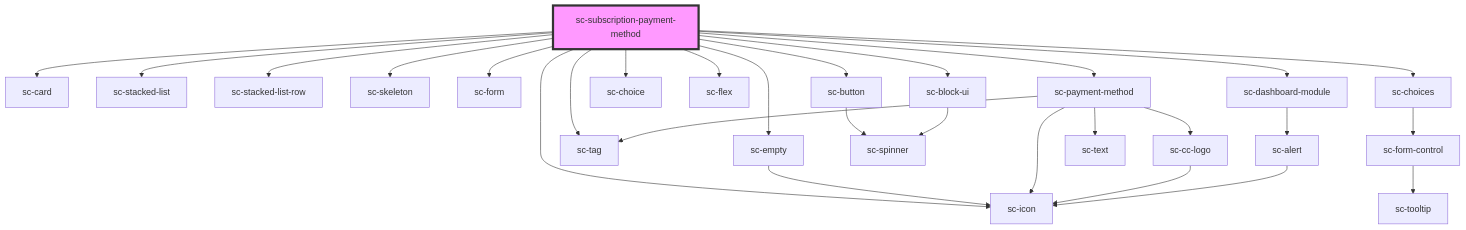
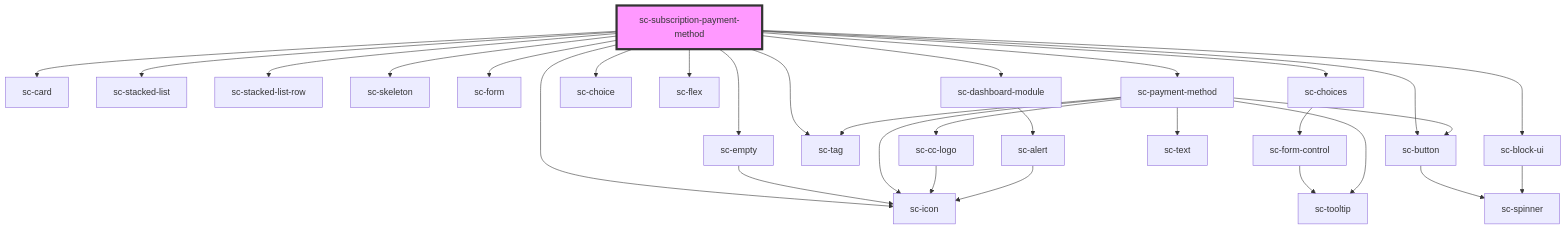
Before and after one commit to surecart/surecart-wp-plugin: the diagram in packages/components/src/components/controllers/dashboard/sc-subscription-payment-method/readme.md, drawn with Mermaid. The commit also changed 10 other files, not shown here.

````diff
--- a/packages/components/src/components/controllers/dashboard/sc-subscription-payment-method/readme.md
+++ b/packages/components/src/components/controllers/dashboard/sc-subscription-payment-method/readme.md
@@ -37,31 +37,33 @@
 ```mermaid
 graph TD;
   sc-subscription-payment-method --> sc-card
   sc-subscription-payment-method --> sc-stacked-list
   sc-subscription-payment-method --> sc-stacked-list-row
   sc-subscription-payment-method --> sc-skeleton
   sc-subscription-payment-method --> sc-empty
   sc-subscription-payment-method --> sc-form
   sc-subscription-payment-method --> sc-choices
   sc-subscription-payment-method --> sc-button
   sc-subscription-payment-method --> sc-icon
   sc-subscription-payment-method --> sc-choice
   sc-subscription-payment-method --> sc-flex
   sc-subscription-payment-method --> sc-payment-method
   sc-subscription-payment-method --> sc-tag
   sc-subscription-payment-method --> sc-dashboard-module
   sc-subscription-payment-method --> sc-block-ui
   sc-empty --> sc-icon
   sc-choices --> sc-form-control
   sc-form-control --> sc-tooltip
   sc-button --> sc-spinner
+  sc-payment-method --> sc-tooltip
+  sc-payment-method --> sc-button
+  sc-payment-method --> sc-icon
   sc-payment-method --> sc-tag
   sc-payment-method --> sc-cc-logo
-  sc-payment-method --> sc-icon
   sc-payment-method --> sc-text
   sc-cc-logo --> sc-icon
   sc-dashboard-module --> sc-alert
   sc-alert --> sc-icon
   sc-block-ui --> sc-spinner
   style sc-subscription-payment-method fill:#f9f,stroke:#333,stroke-width:4px
 ```
````
